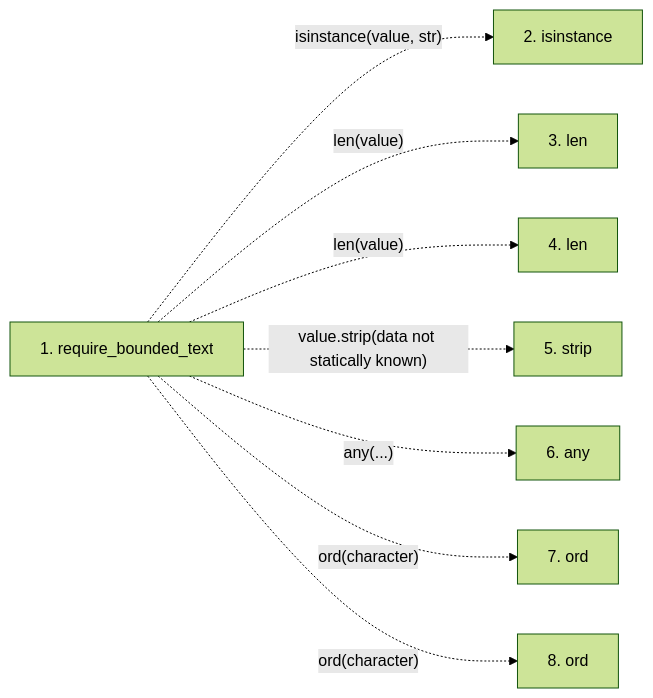
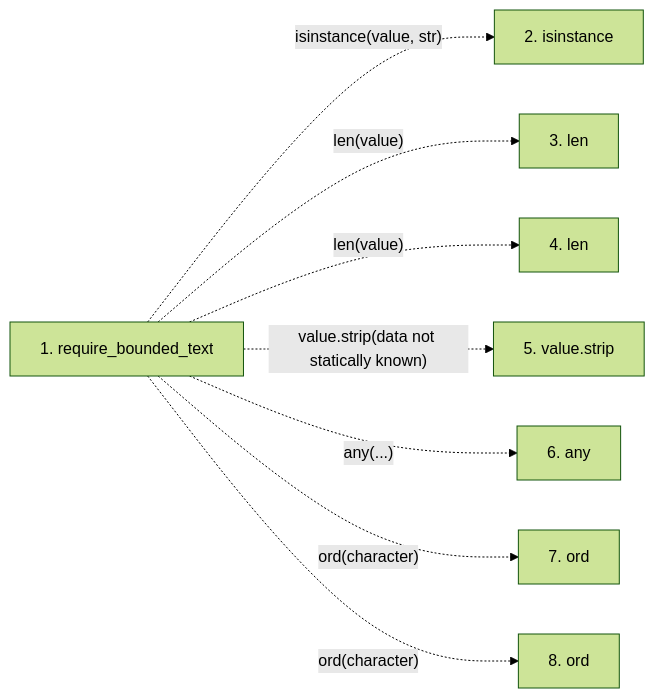
One commit to Denissvgn/python-wiki-llm changed the second of 2 diagrams in docs/llm_wiki/flows/api-require_bounded_text.md. Above: the diagram before and after it, drawn with Mermaid (forest theme). The commit also changed other lines of this file and 719 other files, not shown here.

````diff
--- a/docs/llm_wiki/flows/api-require_bounded_text.md
+++ b/docs/llm_wiki/flows/api-require_bounded_text.md
@@ -30,19 +30,19 @@
 ```mermaid
 flowchart LR
     s1["1. require_bounded_text"]
     s2["2. isinstance"]
     s3["3. len"]
     s4["4. len"]
-    s5["5. strip"]
+    s5["5. value.strip"]
     s6["6. any"]
     s7["7. ord"]
     s8["8. ord"]
     s1 -. "isinstance(value, str)" .-> s2
     s1 -. "len(value)" .-> s3
     s1 -. "len(value)" .-> s4
     s1 -. "value.strip(data not statically known)" .-> s5
     s1 -. "any(...)" .-> s6
     s1 -. "ord(character)" .-> s7
     s1 -. "ord(character)" .-> s8
     click s1 "../modules/validation.md"
 ```
````
